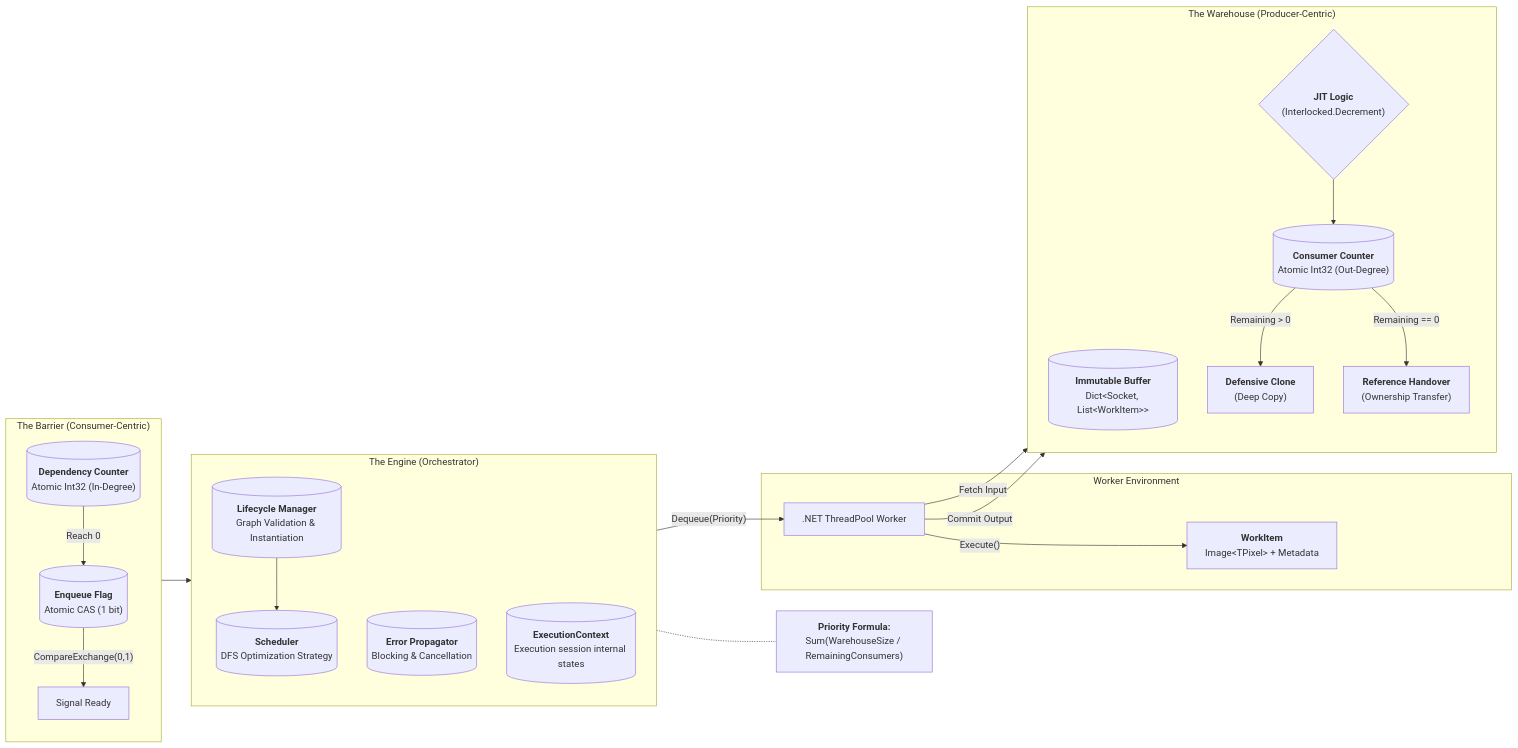
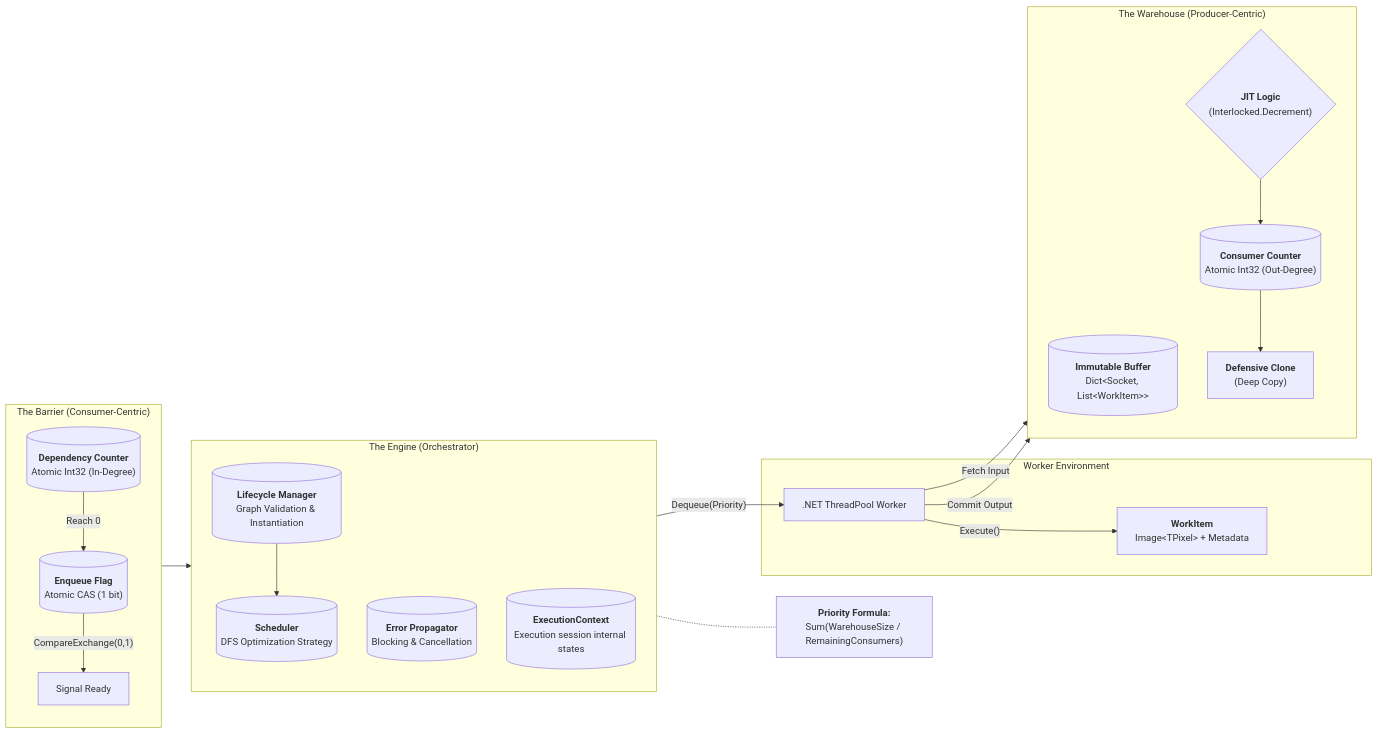
One commit to IT007-2025-Nhom20/ImageAutomate changed the second of 4 diagrams in docs/design/ExecutionEngine.md. Above: the diagram before and after it, drawn with Mermaid. The commit also changed other lines of this file and 2 other files, not shown here.

First line of the commit message:
Warehouse enforeces end-to-end defensive cloning

````diff
--- a/docs/design/ExecutionEngine.md
+++ b/docs/design/ExecutionEngine.md
@@ -665,49 +668,48 @@
 ```mermaid
 flowchart LR
     subgraph Orchestrator ["The Engine (Orchestrator)"]
         direction TB
         Lifecycle[("<b>Lifecycle Manager</b><br/>Graph Validation & Instantiation")]
         Scheduler[("<b>Scheduler</b><br/>DFS Optimization Strategy")]
         ErrorHandler[("<b>Error Propagator</b><br/>Blocking & Cancellation")]
         Context[("<b>ExecutionContext</b><br/>Execution session internal states")]
 
         Lifecycle --> Scheduler
     end
 
     subgraph Execution ["Worker Environment"]
         Thread[".NET ThreadPool Worker"]
         WorkItem["<b>WorkItem</b><br/>Image&lt;TPixel&gt; + Metadata"]
     end
 
     subgraph Storage ["The Warehouse (Producer-Centric)"]
         direction TB
         Buffer[("<b>Immutable Buffer</b><br/>Dict&lt;Socket, List&lt;WorkItem&gt;&gt;")]
         ConsCounter[("<b>Consumer Counter</b><br/>Atomic Int32 (Out-Degree)")]
         JITLogic{"<b>JIT Logic</b><br/>(Interlocked.Decrement)"}
 
         Buffer
         JITLogic --> ConsCounter
-        ConsCounter -- "Remaining > 0" --> Clone["<b>Defensive Clone</b><br/>(Deep Copy)"]
-        ConsCounter -- "Remaining == 0" --> Move["<b>Reference Handover</b><br/>(Ownership Transfer)"]
+        ConsCounter --> Clone["<b>Defensive Clone</b><br/>(Deep Copy)"]
 
     end
 
     subgraph Synchronization ["The Barrier (Consumer-Centric)"]
         direction TB
         DepCounter[("<b>Dependency Counter</b><br/>Atomic Int32 (In-Degree)")]
         EnqFlag[("<b>Enqueue Flag</b><br/>Atomic CAS (1 bit)")]
 
         DepCounter -- "Reach 0" --> EnqFlag
         EnqFlag -- "CompareExchange(0,1)" --> Signal["Signal Ready"]
     end
 
     %% Interactions
     Signal --> Scheduler
     Scheduler -- "Dequeue(Priority)" --> Thread
     Thread -- "Execute()" --> WorkItem
     Thread -- "Fetch Input" --> JITLogic
     Thread -- "Commit Output" --> Buffer
 
     %% Priority Logic Note
     Scheduler -.- PriorityNote["<b>Priority Formula:</b><br/>Sum(WarehouseSize / RemainingConsumers)"]
 ```
````
